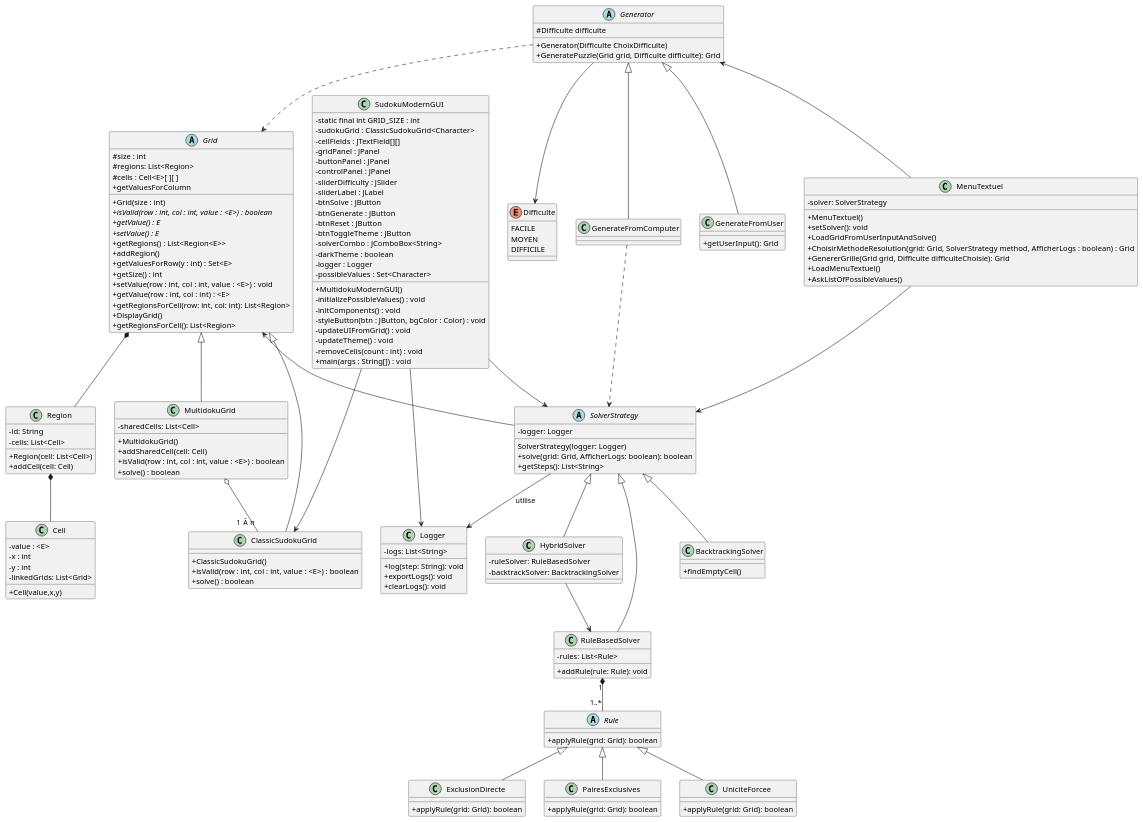
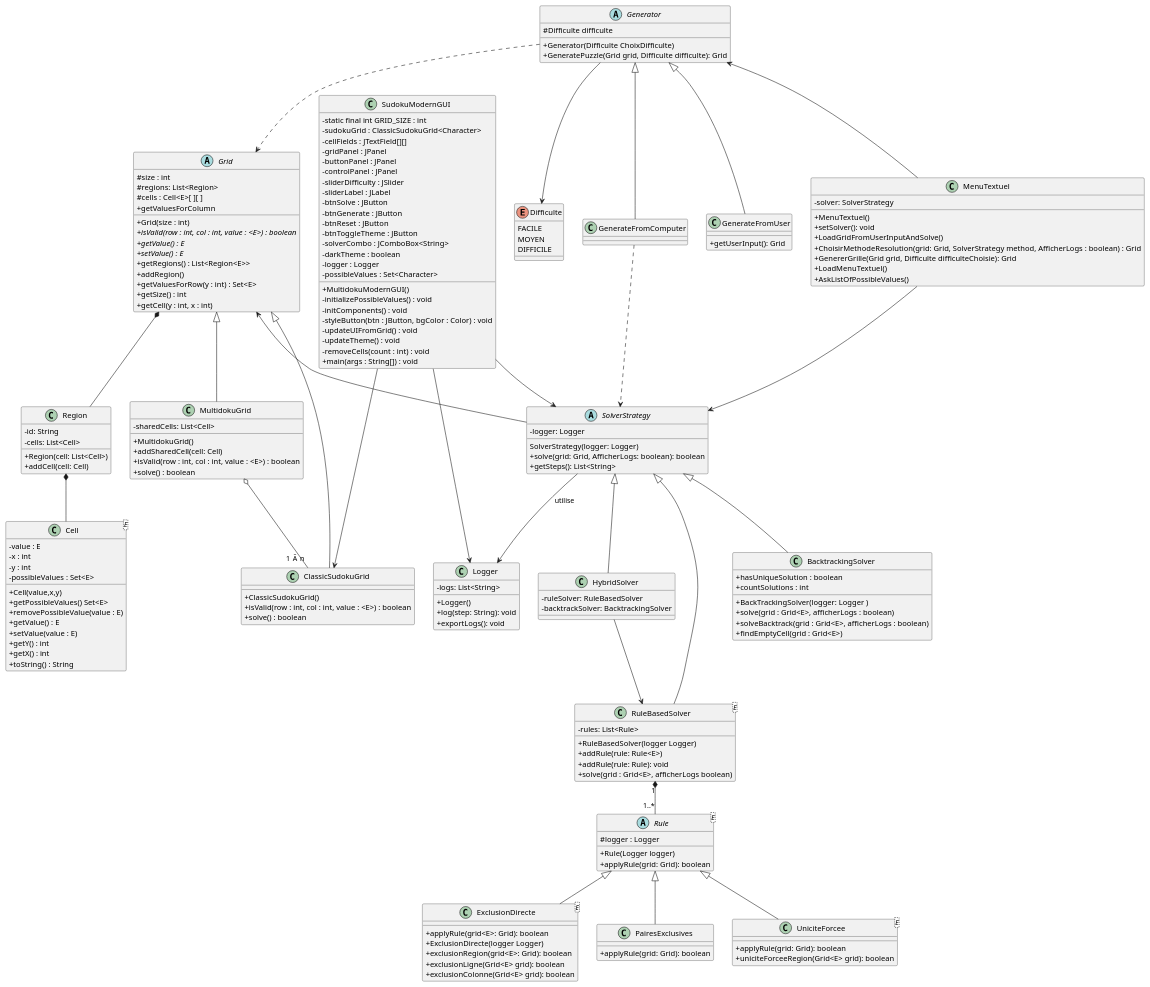
One commit to PolytechLyon/SudokuAPO changed the diagram in ClassDiagram.puml. Above: the diagram before and after it, drawn with PlantUML. The commit also changed 3 other files, not shown here.

Commit message:
Diagramme de classe : Cell, Grid, Logger, RuleBasedSolver, Rule, ExclusionDirecte, UniciteForcee, BackTrackingSolver

```diff
--- a/ClassDiagram.puml
+++ b/ClassDiagram.puml
@@ -15,11 +15,7 @@
     + getValuesForRow(y : int) : Set<E>
     + getSize() : int
     + getValuesForColumn
-    + setValue(row : int, col : int, value : <E>) : void
-    + getValue(row : int, col : int) : <E>
-    + getRegionsForCell(row: int, col: int): List<Region>
-    + DisplayGrid()
-    + getRegionsForCell(): List<Region>
+    + getCell(y : int, x : int)
 }
 
 class Region {
@@ -29,12 +25,19 @@
     + addCell(cell: Cell)
 }
 
-class Cell {
-    -value : <E>
+class Cell<E> {
+    -value : E
     -x : int
     -y : int
-    - linkedGrids: List<Grid>
+    -possibleValues : Set<E>
     +Cell(value,x,y)
+    +getPossibleValues() Set<E>
+    +removePossibleValue(value : E)
+    +getValue() : E
+    +setValue(value : E)
+    +getY() : int
+    +getX() : int
+    +toString() : String
 }
 
 class ClassicSudokuGrid{
@@ -51,17 +54,24 @@
     + solve() : boolean
 }
 
-abstract class Rule {
+abstract class Rule<E> {
+    #logger : Logger
+    +Rule(Logger logger)
     + applyRule(grid: Grid): boolean
 }
-class ExclusionDirecte extends Rule {
-    + applyRule(grid: Grid): boolean
+class ExclusionDirecte<E> extends Rule {
+    + applyRule(grid<E>: Grid): boolean
+    + ExclusionDirecte(logger Logger)
+    + exclusionRegion(grid<E>: Grid): boolean
+    + exclusionLigne(Grid<E> grid): boolean
+    + exclusionColonne(Grid<E> grid): boolean
 }
 class PairesExclusives extends Rule {
     + applyRule(grid: Grid): boolean
 }
-class UniciteForcee extends Rule {
+class UniciteForcee<E> extends Rule {
     + applyRule(grid: Grid): boolean
+    + uniciteForceeRegion(Grid<E> grid): boolean
 }
 
 enum Difficulte{
@@ -101,13 +111,21 @@
 
 
 
-class RuleBasedSolver {
+class RuleBasedSolver<E> {
     - rules: List<Rule>
+    + RuleBasedSolver(logger Logger)
+    + addRule(rule: Rule<E>)
     + addRule(rule: Rule): void
+    + solve(grid : Grid<E>, afficherLogs boolean)
 }
 
 class BacktrackingSolver {
-    +findEmptyCell()
+    +BackTrackingSolver(logger: Logger )
+    +solve(grid : Grid<E>, afficherLogs : boolean)
+    +solveBacktrack(grid : Grid<E>, afficherLogs : boolean)
+    +findEmptyCell(grid : Grid<E>)
+    +hasUniqueSolution : boolean
+    +countSolutions : int
 }
 
 class HybridSolver {
@@ -117,9 +135,9 @@
 
 class Logger {
     - logs: List<String>
+    + Logger()
     + log(step: String): void
     + exportLogs(): void
-    + clearLogs(): void
 }
 
 abstract class SolverStrategy {
```
